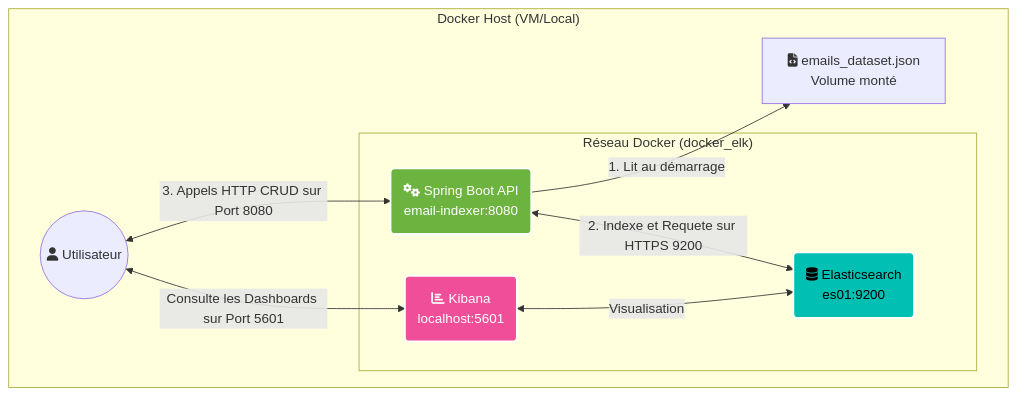
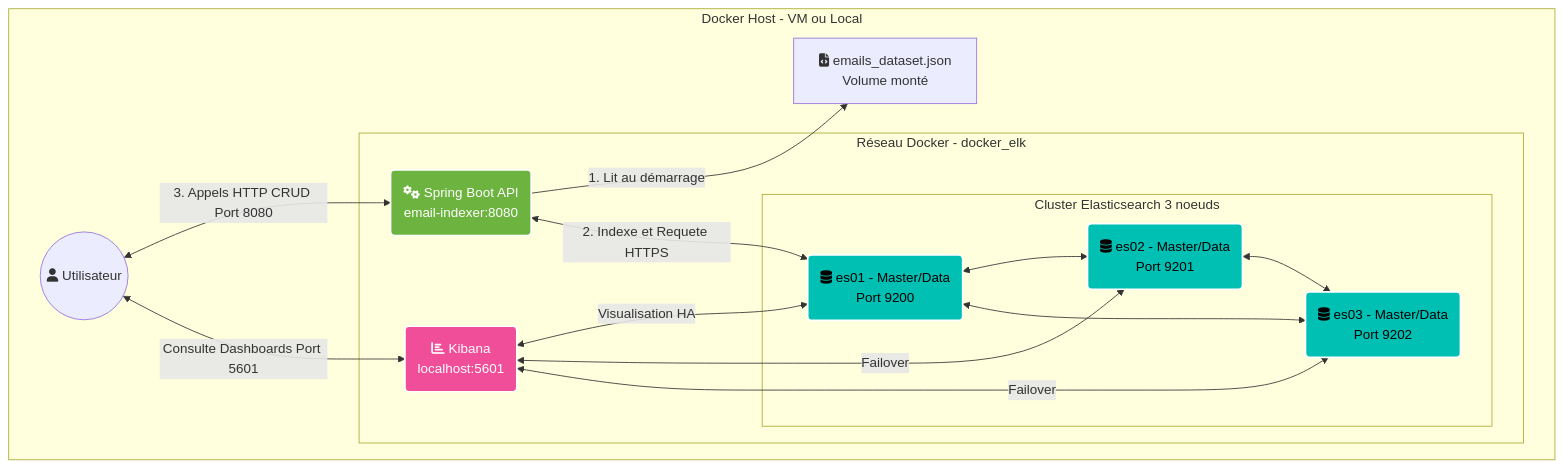
The first of 2 diagrams in ATELIER_SPRING_ELASTIC.md (msellamiTN/Elastic-Dev), drawn with Mermaid before and after one commit. The commit also changed other lines of this file and 1 other file, not shown here.

Commit message:
feat: Améliorer la configuration du cluster Elasticsearch avec 3 nœuds et SSL

````diff
--- a/ATELIER_SPRING_ELASTIC.md
+++ b/ATELIER_SPRING_ELASTIC.md
@@ -13,23 +13,34 @@
 ```mermaid
 graph TD
-    subgraph "Docker Host (VM/Local)"
-        subgraph "Réseau Docker (docker_elk)"
-            ES(fa:fa-database Elasticsearch<br/>es01:9200)
+    subgraph "Docker Host - VM ou Local"
+        subgraph "Réseau Docker - docker_elk"
+            subgraph "Cluster Elasticsearch 3 noeuds"
+                ES1(fa:fa-database es01 - Master/Data<br/>Port 9200)
+                ES2(fa:fa-database es02 - Master/Data<br/>Port 9201)
+                ES3(fa:fa-database es03 - Master/Data<br/>Port 9202)
+            end
             KIB(fa:fa-chart-bar Kibana<br/>localhost:5601)
             API(fa:fa-cogs Spring Boot API<br/>email-indexer:8080)
         end
         
         DATA[fa:fa-file-code emails_dataset.json<br/>Volume monté]
         USER((fa:fa-user Utilisateur))
         
+        ES1 <--> ES2
+        ES2 <--> ES3
+        ES1 <--> ES3
         API -->|1. Lit au démarrage| DATA
-        API <-->|2. Indexe et Requete sur HTTPS 9200| ES
-        KIB <-->|Visualisation| ES
-        USER <-->|3. Appels HTTP CRUD sur Port 8080| API
-        USER <-->|Consulte les Dashboards sur Port 5601| KIB
+        API <-->|2. Indexe et Requete HTTPS| ES1
+        KIB <-->|Visualisation HA| ES1
+        KIB <-->|Failover| ES2
+        KIB <-->|Failover| ES3
+        USER <-->|3. Appels HTTP CRUD Port 8080| API
+        USER <-->|Consulte Dashboards Port 5601| KIB
     end
     
-    style ES fill:#00bfb3,stroke:#fff,stroke-width:2px,color:#000
+    style ES1 fill:#00bfb3,stroke:#fff,stroke-width:2px,color:#000
+    style ES2 fill:#00bfb3,stroke:#fff,stroke-width:2px,color:#000
+    style ES3 fill:#00bfb3,stroke:#fff,stroke-width:2px,color:#000
     style KIB fill:#f04e98,stroke:#fff,stroke-width:2px,color:#fff
     style API fill:#6db33f,stroke:#fff,stroke-width:2px,color:#fff
 ```
````
